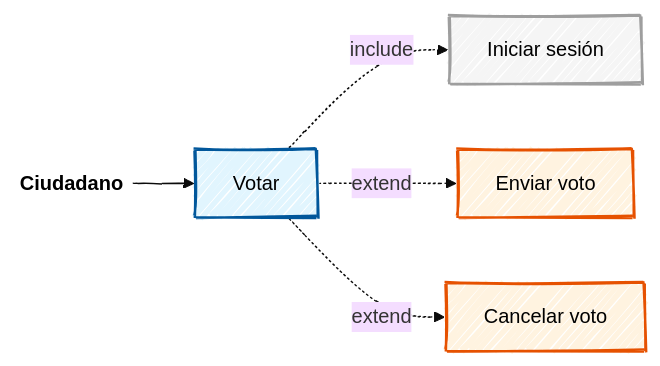
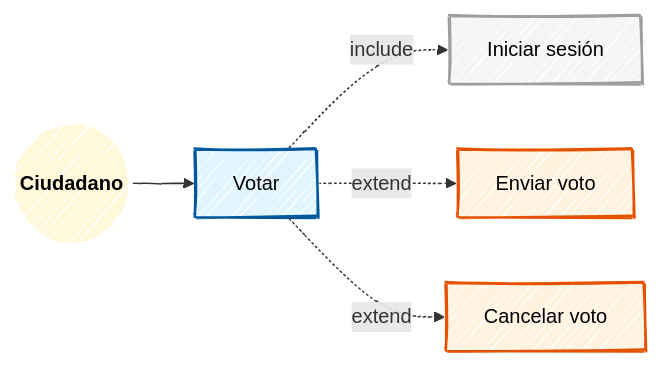
The fourth of 11 diagrams in docs/casosUso.md (OnyxVariables/AGORA), drawn with Mermaid before and after one commit. The commit also changed other lines of this file, not shown here.

````diff
--- a/docs/casosUso.md
+++ b/docs/casosUso.md
@@ -139,23 +136,22 @@
 ```mermaid
 ---
 config:
-  theme: base
   look: handDrawn
 ---
 flowchart LR
     classDef primario fill:#e1f5fe,stroke:#01579b,stroke-width:2px,color:#000
     classDef soporte fill:#f5f5f5,stroke:#9e9e9e,stroke-width:2px,color:#000
     classDef extendido fill:#fff3e0, stroke:#e65100, stroke-width:2px, color:#000
-    classDef actor fill:#ffffff, stroke:#fff, stroke-width:2px, color:#000
+    classDef actor fill:#fff8d9, stroke:#fff, stroke-width:2px, color:#000
 
     Ciudadano(("<b>Ciudadano</b>")) --> UC_Votar["Votar"]
     UC_Votar -. include .-> UC_Login["Iniciar sesión"]
     UC_Votar -. extend .-> UC_Enviar["Enviar voto"] & UC_Cancelar["Cancelar voto"]
 
      Ciudadano:::actor
      UC_Votar:::primario
      UC_Votar:::primario
      UC_Login:::soporte
      UC_Enviar:::extendido
      UC_Cancelar:::extendido
 ``` 
````
